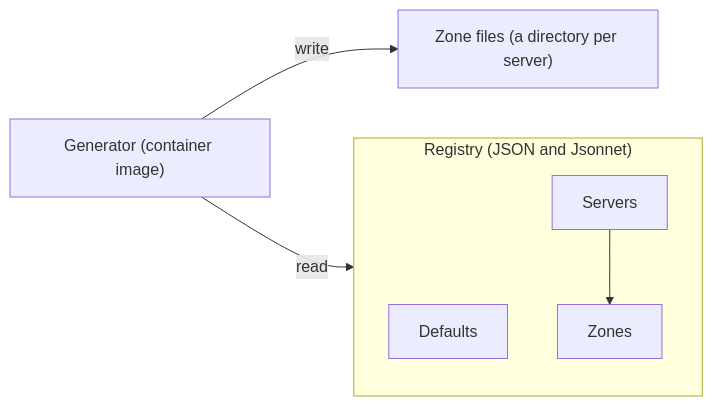
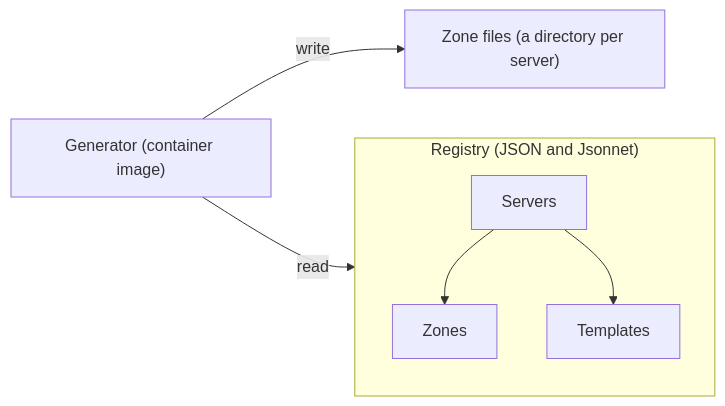
Before and after one commit to t13a/zonegen: the diagram in README.md, drawn with Mermaid. The commit also changed other lines of this file and 7 other files, not shown here.

First line of the commit message:
Replace the defaults with templates that servers underlay

````diff
--- a/README.md
+++ b/README.md
@@ -22,13 +22,14 @@
 ```mermaid
 graph LR
   subgraph registry ["Registry (JSON and Jsonnet)"]
-    defaults["Defaults"]
     zone["Zones"]
+    template["Templates"]
     server["Servers"]
     server --> zone
+    server --> template
   end
   generator["Generator (container image)"]
   zonefiles["Zone files (a directory per server)"]
   generator -- read --> registry
   generator -- write --> zonefiles
 ```
````
